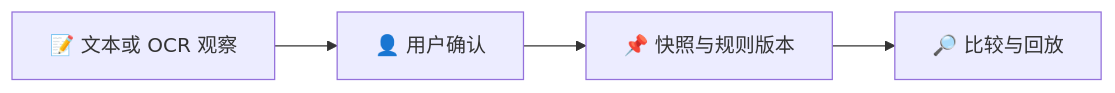
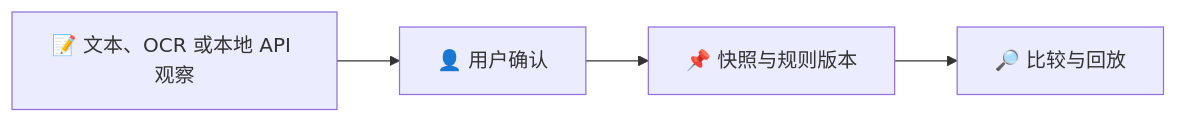
One commit to schorsch888/LootWeave changed the diagram in README.zh-CN.md. Above: the diagram before and after it, drawn with Mermaid. The commit also changed other lines of this file and 36 other files, not shown here.

````diff
--- a/README.zh-CN.md
+++ b/README.zh-CN.md
@@ -45,6 +46,6 @@
 ```mermaid
 flowchart LR
-    A["📝 文本或 OCR 观察"] --> B["👤 用户确认"]
+    A["📝 文本、OCR 或本地 API 观察"] --> B["👤 用户确认"]
     B --> C["📌 快照与规则版本"]
     C --> D["🔎 比较与回放"]
 ```
````
